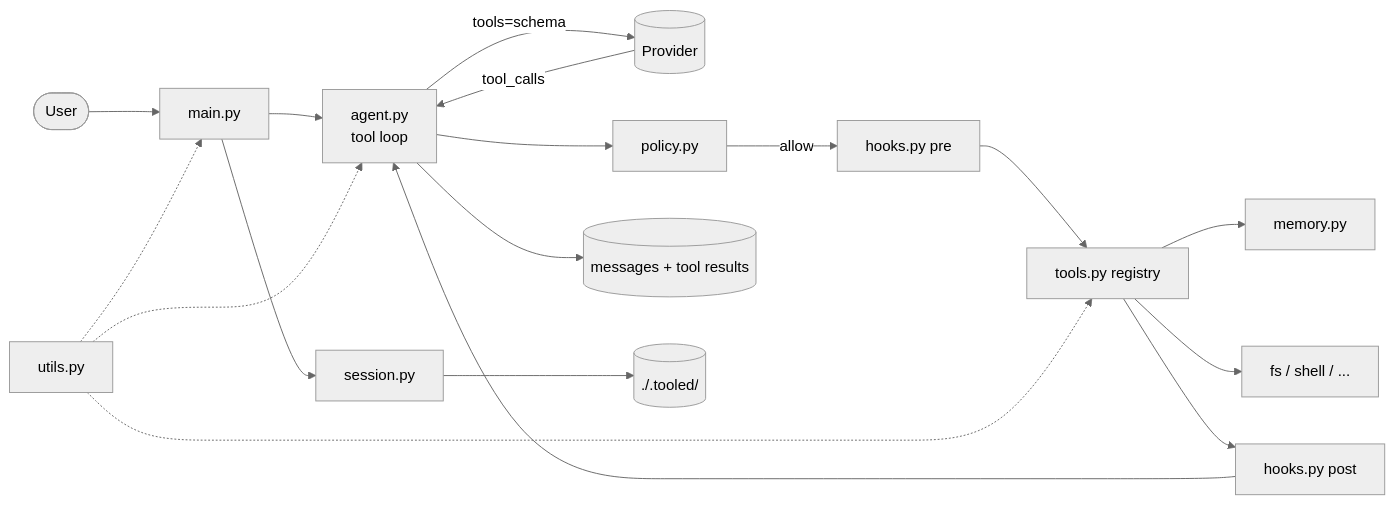
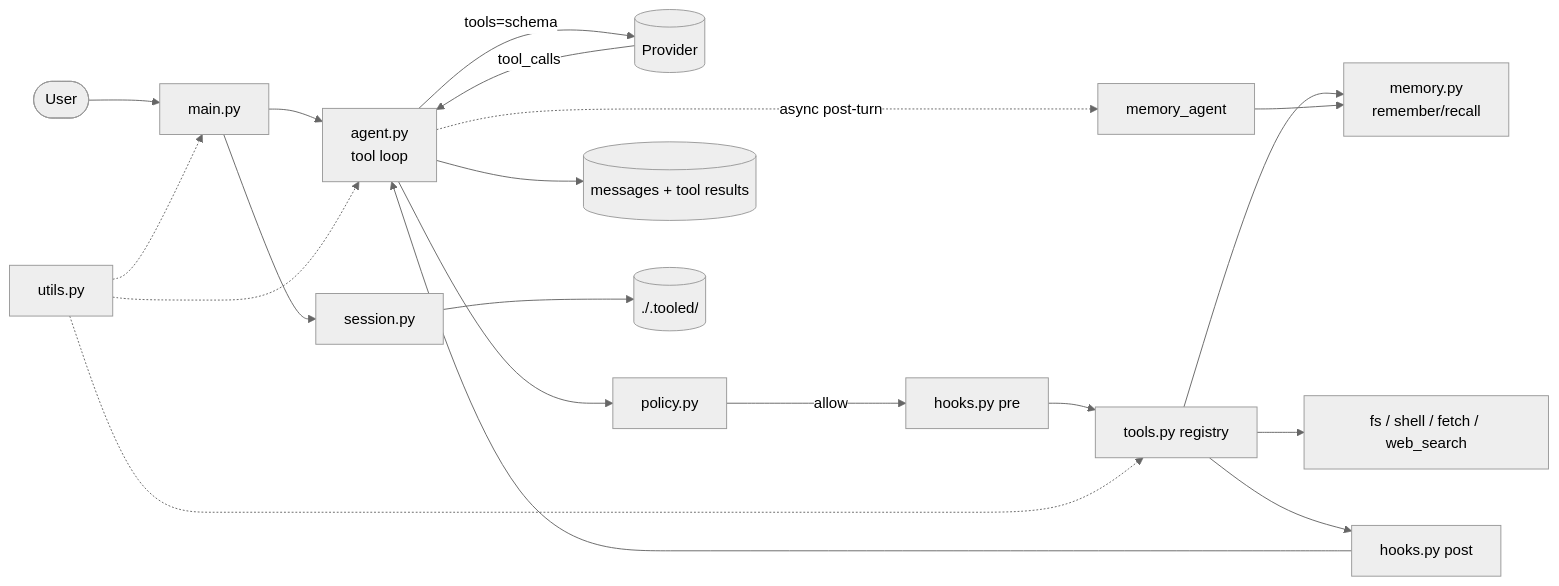
The diagram in docs/tooled.md (oornnery/harness-lab), drawn with Mermaid (neutral theme) before and after one commit. The commit also changed other lines of this file and 2 other files, not shown here.

````diff
--- a/docs/tooled.md
+++ b/docs/tooled.md
@@ -42,20 +40,22 @@
 ```mermaid
 flowchart LR
     U([User]) --> MAIN[main.py]
     MAIN --> AGENT[agent.py<br/>tool loop]
     AGENT -->|tools=schema| API[(Provider)]
     API -->|tool_calls| AGENT
     AGENT --> POL[policy.py]
     POL -->|allow| HOOKPRE[hooks.py pre]
     HOOKPRE --> TOOLS[tools.py registry]
-    TOOLS --> MEM[memory.py]
-    TOOLS --> FS[fs / shell / ...]
+    TOOLS --> MEM[memory.py<br/>remember/recall]
+    TOOLS --> FS[fs / shell / fetch / web_search]
     TOOLS --> HOOKPOST[hooks.py post]
     HOOKPOST --> AGENT
     AGENT --> HIST[(messages + tool results)]
+    AGENT -.->|async post-turn| MEMAGT[memory_agent]
+    MEMAGT --> MEM
     MAIN --> SESS[session.py]
     SESS --> DISK[(./.tooled/)]
     UTILS[utils.py] -.-> MAIN
     UTILS -.-> AGENT
     UTILS -.-> TOOLS
 ```
````
